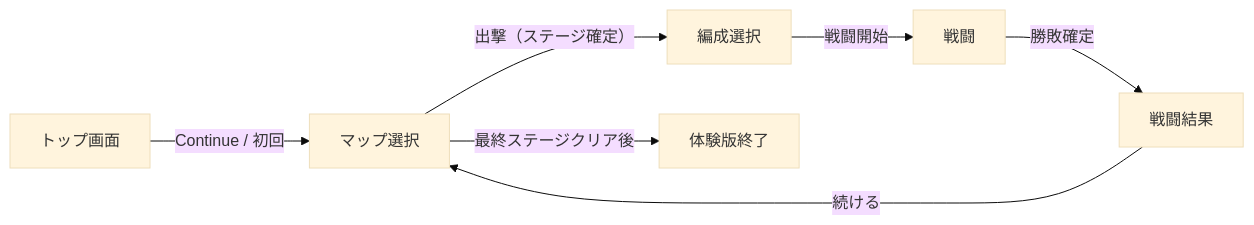
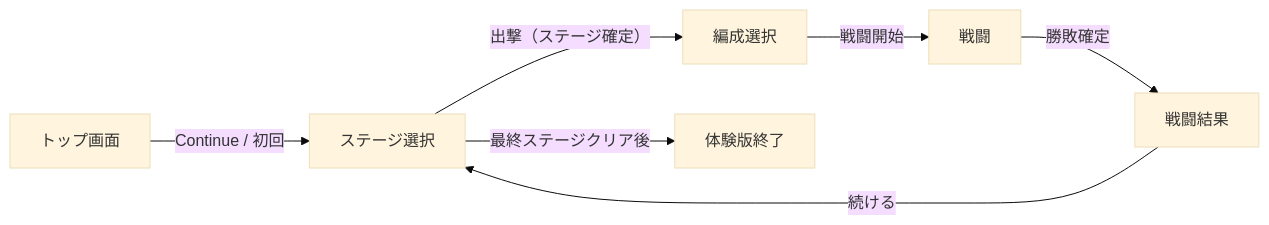
One commit to sucRo0629/auto-battle-idle changed the diagram in docs/plans/phase-roadmap.md. Above: the diagram before and after it, drawn with Mermaid (base theme). The commit also changed other lines of this file and 1 other file, not shown here.

````diff
--- a/docs/plans/phase-roadmap.md
+++ b/docs/plans/phase-roadmap.md
@@ -619,16 +643,16 @@
 ```mermaid
 flowchart LR
   title["トップ画面"]
-  map["マップ選択"]
+  map["ステージ選択"]
   party["編成選択"]
   battle["戦闘"]
   result["戦闘結果"]
   demoEnd["体験版終了"]
 
   title -->|"Continue / 初回"| map
   map -->|"出撃（ステージ確定）"| party
   party -->|"戦闘開始"| battle
   battle -->|"勝敗確定"| result
   result -->|"続ける"| map
   map -->|"最終ステージクリア後"| demoEnd
 ```
````
